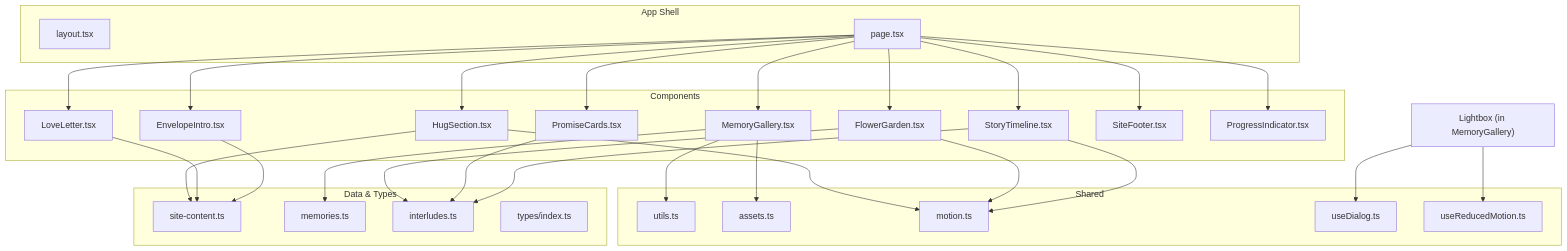
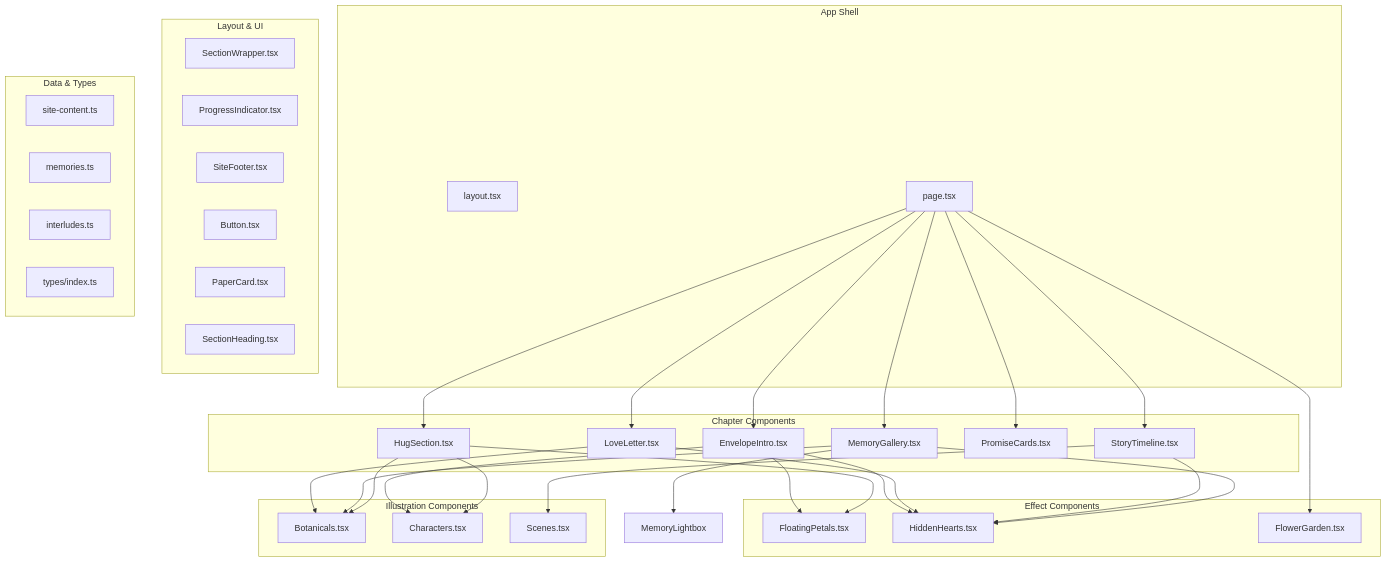
One commit to quangkiet1/anh-xin-loi changed the first of 6 diagrams in .qoder/repowiki/en/content/Implementation Guide/Component Architecture.md. Above: the diagram before and after it, drawn with Mermaid. The commit also changed other lines of this file and 13 other files, not shown here.

````diff
--- a/.qoder/repowiki/en/content/Implementation Guide/Component Architecture.md
+++ b/.qoder/repowiki/en/content/Implementation Guide/Component Architecture.md
@@ -50,54 +80,59 @@
 ```mermaid
 graph TB
 subgraph "App Shell"
 Layout["layout.tsx"]
 Page["page.tsx"]
 end
-subgraph "Components"
-Envelope["EnvelopeIntro.tsx"]
+subgraph "Chapter Components"
+Entrance["EnvelopeIntro.tsx"]
 Letter["LoveLetter.tsx"]
 Timeline["StoryTimeline.tsx"]
 Gallery["MemoryGallery.tsx"]
 Promises["PromiseCards.tsx"]
+Ending["HugSection.tsx"]
+end
+subgraph "Effect Components"
+Petals["FloatingPetals.tsx"]
+Hearts["HiddenHearts.tsx"]
 Garden["FlowerGarden.tsx"]
-Hug["HugSection.tsx"]
-Footer["SiteFooter.tsx"]
-Progress["ProgressIndicator.tsx"]
+end
+subgraph "Illustration Components"
+Botanicals["Botanicals.tsx"]
+Characters["Characters.tsx"]
+Scenes["Scenes.tsx"]
+end
+subgraph "Layout & UI"
+SectionWrapper["SectionWrapper.tsx"]
+ProgressIndicator["ProgressIndicator.tsx"]
+SiteFooter["SiteFooter.tsx"]
+Button["Button.tsx"]
+PaperCard["PaperCard.tsx"]
+SectionHeading["SectionHeading.tsx"]
 end
 subgraph "Data & Types"
 SiteContent["site-content.ts"]
 Memories["memories.ts"]
 Interludes["interludes.ts"]
 Types["types/index.ts"]
 end
-subgraph "Shared"
-Utils["utils.ts"]
-Assets["assets.ts"]
-Motion["motion.ts"]
-DialogHook["useDialog.ts"]
-ReducedMotion["useReducedMotion.ts"]
-end
-Page --> Envelope
+Page --> Entrance
 Page --> Letter
 Page --> Timeline
 Page --> Gallery
 Page --> Promises
 Page --> Garden
-Page --> Hug
-Page --> Footer
-Page --> Progress
-Envelope --> SiteContent
-Letter --> SiteContent
-Timeline --> Interludes
-Gallery --> Memories
-Promises --> Interludes
-Garden --> Interludes
-Hug --> SiteContent
-Gallery --> Utils
-Gallery --> Assets
-Timeline --> Motion
-Garden --> Motion
-Hug --> Motion
-Lightbox["Lightbox (in MemoryGallery)"] --> DialogHook
-Lightbox --> ReducedMotion
+Page --> Ending
+Entrance --> Petals
+Entrance --> Hearts
+Entrance --> Characters
+Letter --> Botanicals
+Letter --> Hearts
+Timeline --> Scenes
+Timeline --> Hearts
+Gallery --> Botanicals
+Gallery --> Hearts
+Gallery --> MemoryLightbox
+Ending --> Botanicals
+Ending --> Characters
+Ending --> Petals
 ```
````
